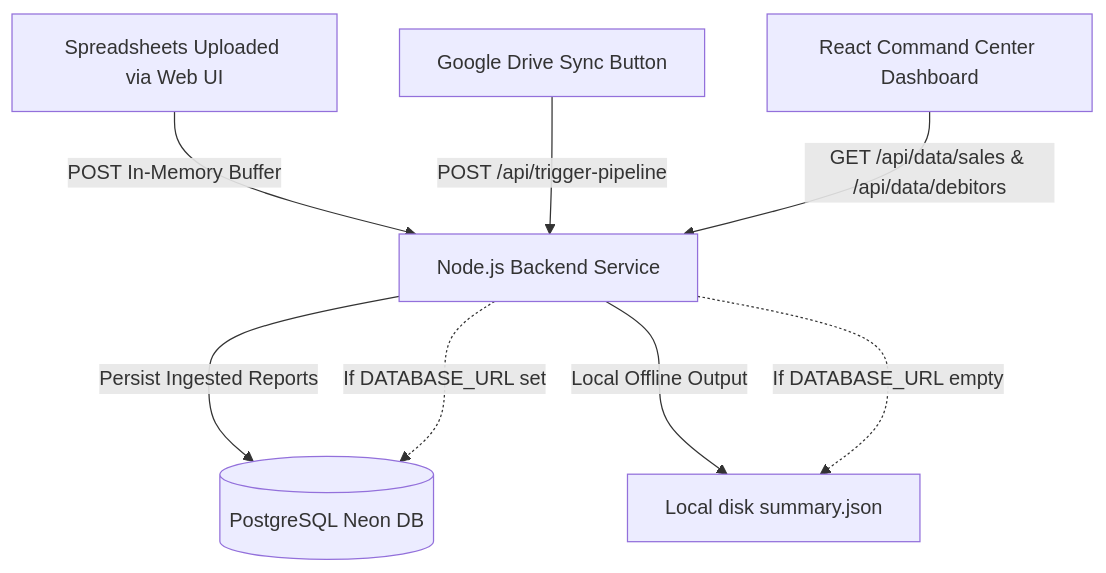
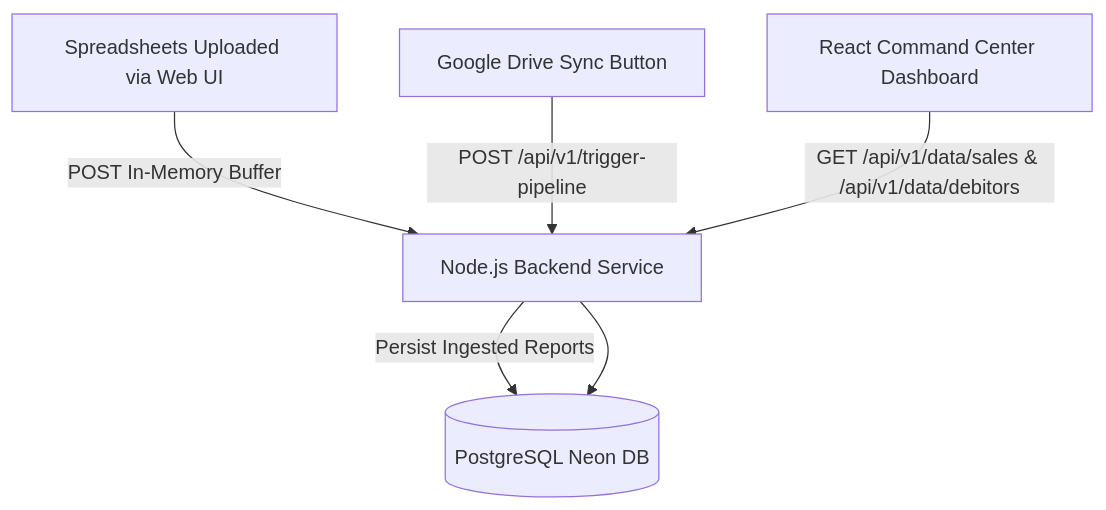
One commit to ramsaoji/Ai-Accounting-Automation changed the diagram in web/README.md. Above: the diagram before and after it, drawn with Mermaid. The commit also changed other lines of this file and 58 other files, not shown here.

````diff
--- a/web/README.md
+++ b/web/README.md
@@ -13,10 +13,8 @@
 ```mermaid
 graph TD
     UserUpload[Spreadsheets Uploaded via Web UI] -->|POST In-Memory Buffer| Node[Node.js Backend Service]
-    DriveSync[Google Drive Sync Button] -->|POST /api/trigger-pipeline| Node
+    DriveSync[Google Drive Sync Button] -->|POST /api/v1/trigger-pipeline| Node
     Node -->|Persist Ingested Reports| NeonDB[(PostgreSQL Neon DB)]
-    Node -->|Local Offline Output| Disk[Local disk summary.json]
-    ReactApp[React Command Center Dashboard] -->|GET /api/data/sales & /api/data/debitors| Node
-    Node -..->|If DATABASE_URL set| NeonDB
-    Node -..->|If DATABASE_URL empty| Disk
+    ReactApp[React Command Center Dashboard] -->|GET /api/v1/data/sales & /api/v1/data/debitors| Node
+    Node --> NeonDB
 ```
````
